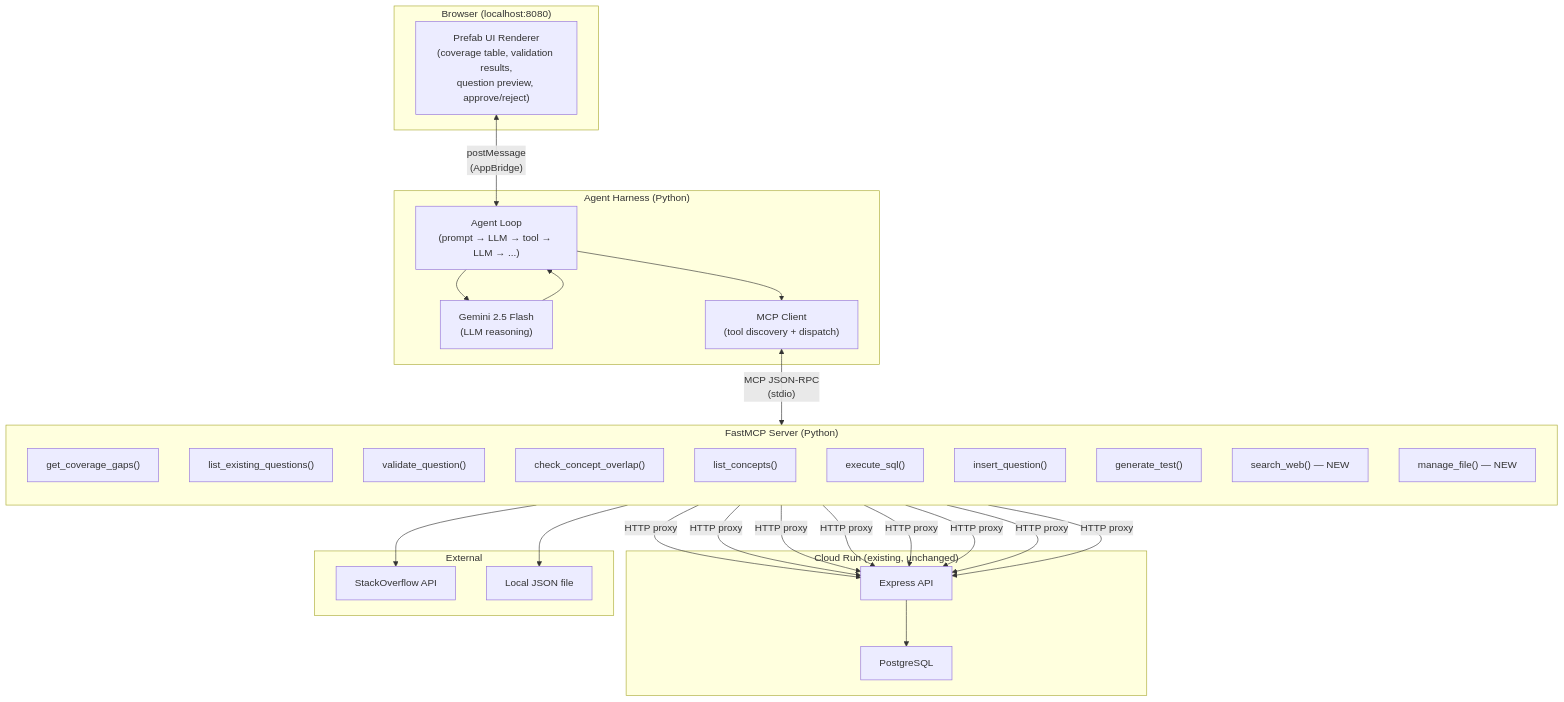
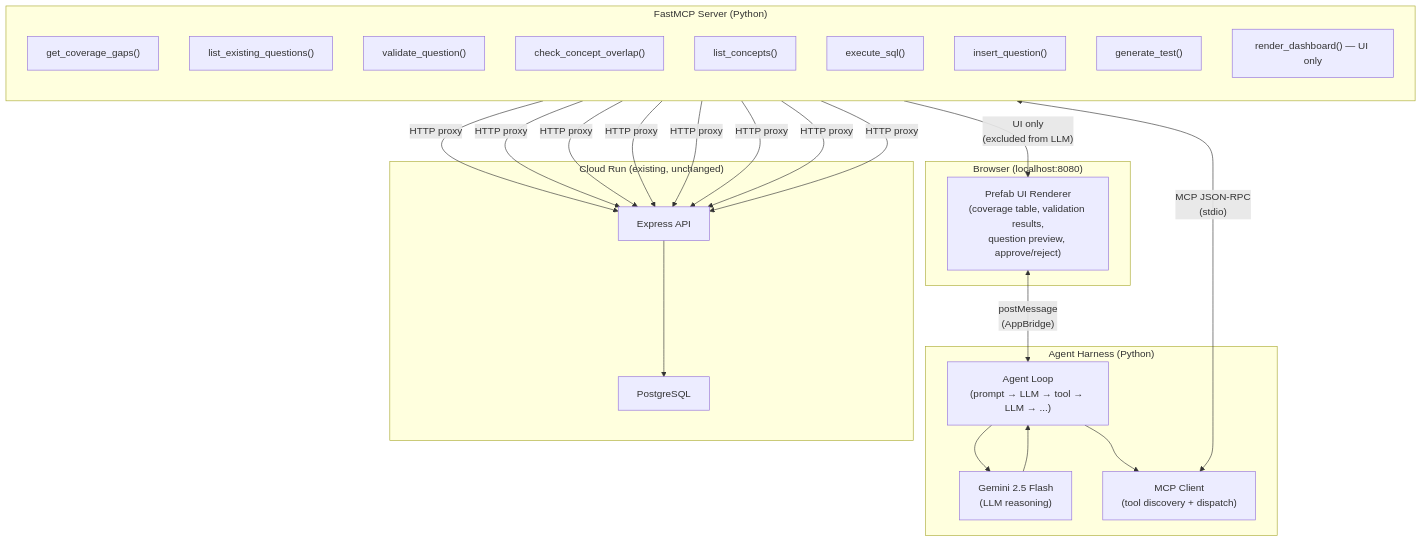
Before and after one commit to prateekpanjla-outlook/duckdb-wasm-ide: the first of 2 diagrams in docs/mcp_architecture.md, drawn with Mermaid. The commit also changed other lines of this file and 10 other files, not shown here.

````diff
--- a/docs/mcp_architecture.md
+++ b/docs/mcp_architecture.md
@@ -5,46 +5,39 @@
 ```mermaid
 graph TB
     subgraph Browser["Browser (localhost:8080)"]
         PrefabUI["Prefab UI Renderer<br/>(coverage table, validation results,<br/>question preview, approve/reject)"]
     end
 
     subgraph AgentHarness["Agent Harness (Python)"]
         Gemini["Gemini 2.5 Flash<br/>(LLM reasoning)"]
         MCPClient["MCP Client<br/>(tool discovery + dispatch)"]
         AgentLoop["Agent Loop<br/>(prompt → LLM → tool → LLM → ...)"]
     end
 
     subgraph MCPServer["FastMCP Server (Python)"]
         direction TB
         T1["get_coverage_gaps()"]
         T2["list_existing_questions()"]
         T3["validate_question()"]
         T4["check_concept_overlap()"]
         T5["list_concepts()"]
         T6["execute_sql()"]
         T7["insert_question()"]
         T8["generate_test()"]
-        T9["search_web() — NEW"]
-        T10["manage_file() — NEW"]
+        T9["render_dashboard() — UI only"]
     end
 
     subgraph CloudRun["Cloud Run (existing, unchanged)"]
         Express["Express API"]
         PG["PostgreSQL"]
-    end
-
-    subgraph External["External"]
-        StackOverflow["StackOverflow API"]
-        LocalFile["Local JSON file"]
     end
 
     PrefabUI <-->|"postMessage<br/>(AppBridge)"| AgentLoop
     AgentLoop --> Gemini
     Gemini --> AgentLoop
     AgentLoop --> MCPClient
     MCPClient <-->|"MCP JSON-RPC<br/>(stdio)"| MCPServer
     T1 & T2 & T3 & T4 & T5 & T6 & T7 & T8 -->|HTTP proxy| Express
     Express --> PG
-    T9 --> StackOverflow
-    T10 --> LocalFile
+    T9 -->|"UI only<br/>(excluded from LLM)"| PrefabUI
 ```
````
